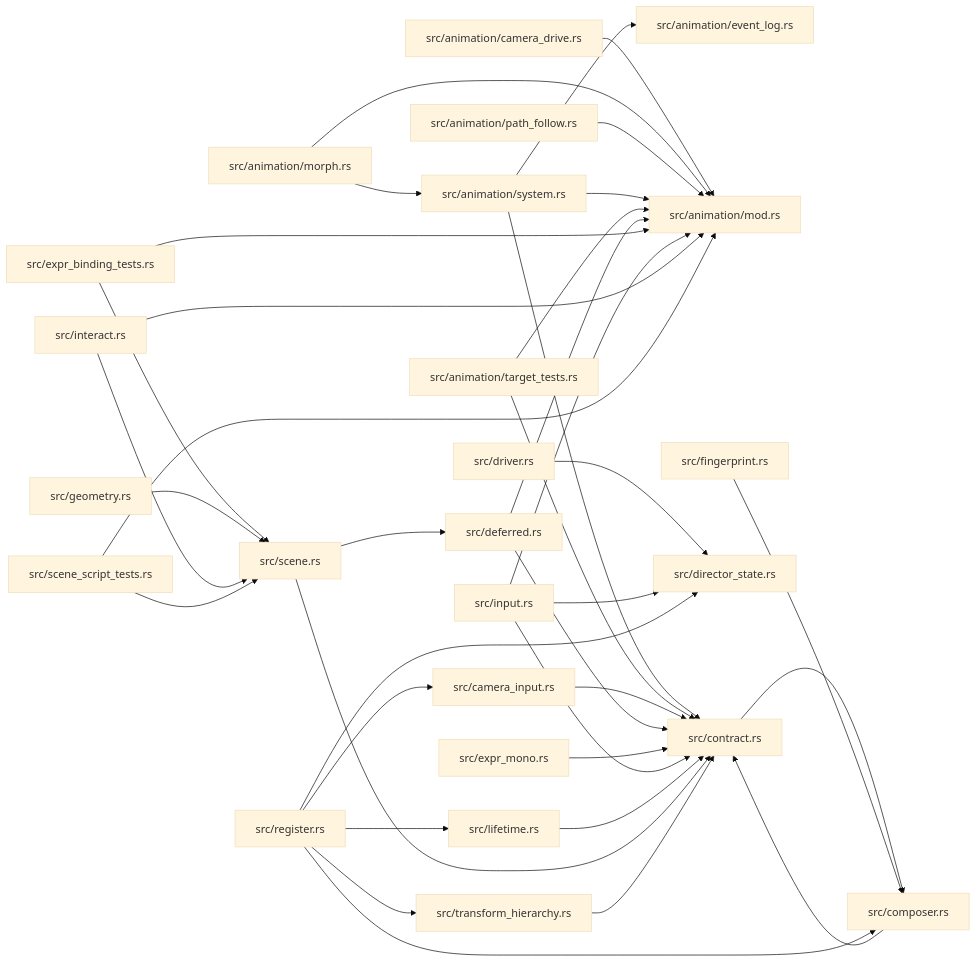
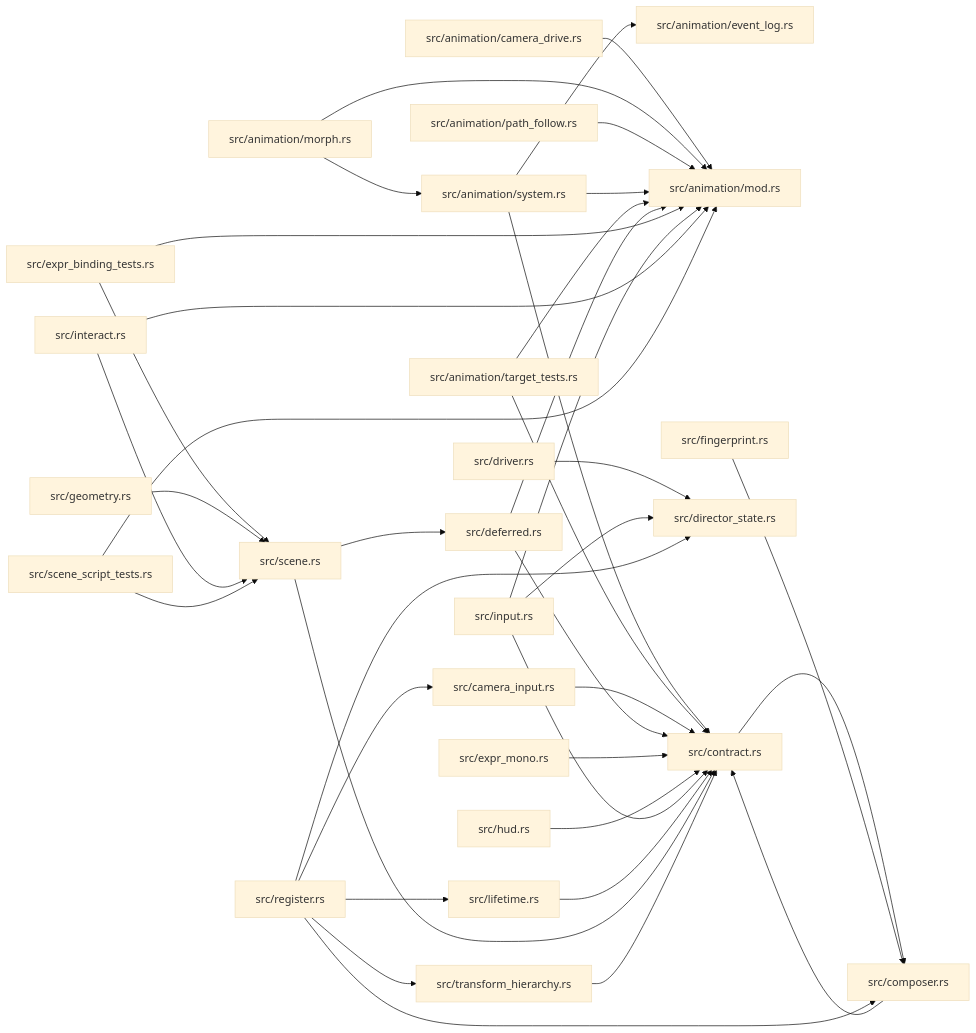
Before and after one commit to xcrtp/zela: the diagram in docs/modules/zela-scene-ecs.md, drawn with Mermaid (base theme). The commit also changed other lines of this file and 19 other files, not shown here.

First line of the commit message:
feat(ui): CG-f 自研 HUD —— 三组面板改成场景图元，host 只剩窗口胶水

````diff
--- a/docs/modules/zela-scene-ecs.md
+++ b/docs/modules/zela-scene-ecs.md
@@ -50,63 +51,65 @@
 ```mermaid
 graph LR
     f0["src/animation/camera_drive.rs"]
     f5["src/animation/event_log.rs"]
     f1["src/animation/mod.rs"]
     f2["src/animation/morph.rs"]
     f4["src/animation/path_follow.rs"]
     f3["src/animation/system.rs"]
     f7["src/animation/target_tests.rs"]
     f8["src/camera_input.rs"]
     f9["src/composer.rs"]
     f6["src/contract.rs"]
     f10["src/deferred.rs"]
     f12["src/director_state.rs"]
     f11["src/driver.rs"]
     f13["src/expr_binding_tests.rs"]
     f15["src/expr_mono.rs"]
     f16["src/fingerprint.rs"]
     f17["src/geometry.rs"]
-    f18["src/input.rs"]
-    f19["src/interact.rs"]
-    f20["src/lifetime.rs"]
-    f21["src/register.rs"]
+    f18["src/hud.rs"]
+    f19["src/input.rs"]
+    f20["src/interact.rs"]
+    f21["src/lifetime.rs"]
+    f22["src/register.rs"]
     f14["src/scene.rs"]
-    f23["src/scene_script_tests.rs"]
-    f22["src/transform_hierarchy.rs"]
+    f24["src/scene_script_tests.rs"]
+    f23["src/transform_hierarchy.rs"]
     f0 --> f1
     f2 --> f1
     f2 --> f3
     f4 --> f1
     f3 --> f5
     f3 --> f1
     f3 --> f6
     f7 --> f1
     f7 --> f6
     f8 --> f6
     f9 --> f6
     f6 --> f9
     f10 --> f1
     f10 --> f6
     f11 --> f12
     f13 --> f1
     f13 --> f14
     f15 --> f6
     f16 --> f9
     f17 --> f14
-    f18 --> f1
     f18 --> f6
-    f18 --> f12
     f19 --> f1
-    f19 --> f14
-    f20 --> f6
-    f21 --> f8
-    f21 --> f9
-    f21 --> f12
-    f21 --> f20
-    f21 --> f22
+    f19 --> f6
+    f19 --> f12
+    f20 --> f1
+    f20 --> f14
+    f21 --> f6
+    f22 --> f8
+    f22 --> f9
+    f22 --> f12
+    f22 --> f21
+    f22 --> f23
     f14 --> f6
     f14 --> f10
-    f23 --> f1
-    f23 --> f14
-    f22 --> f6
+    f24 --> f1
+    f24 --> f14
+    f23 --> f6
 ```
````
